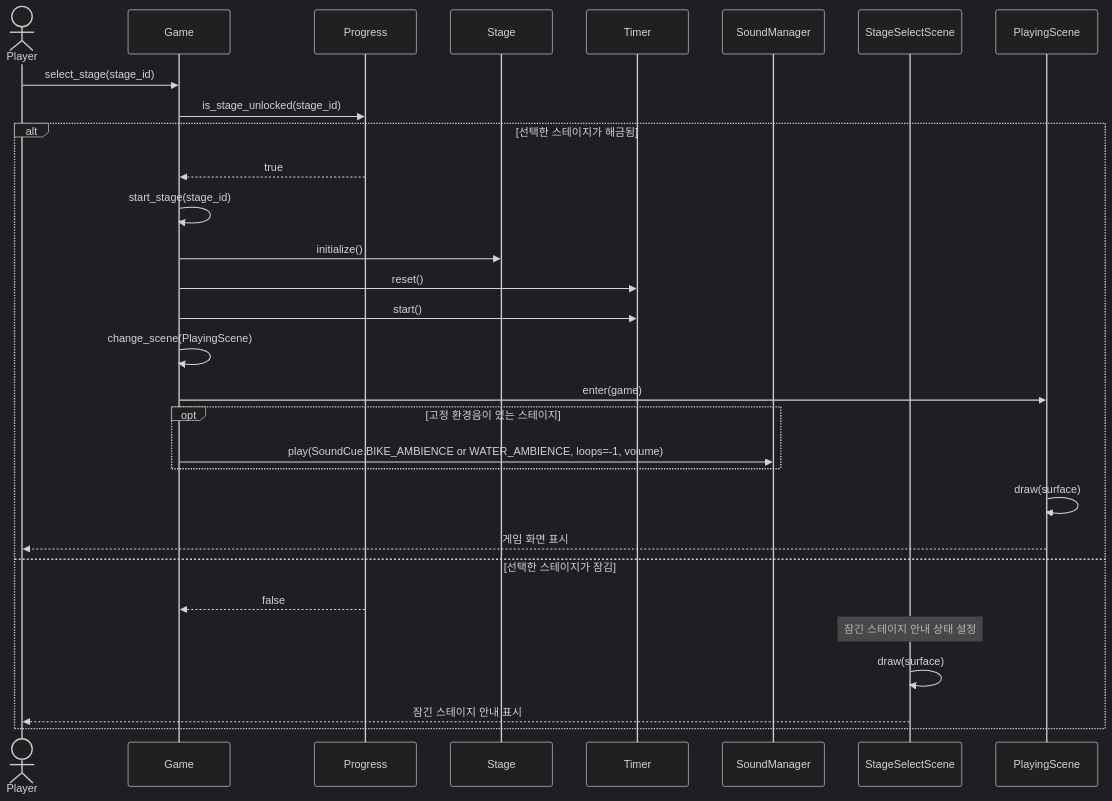
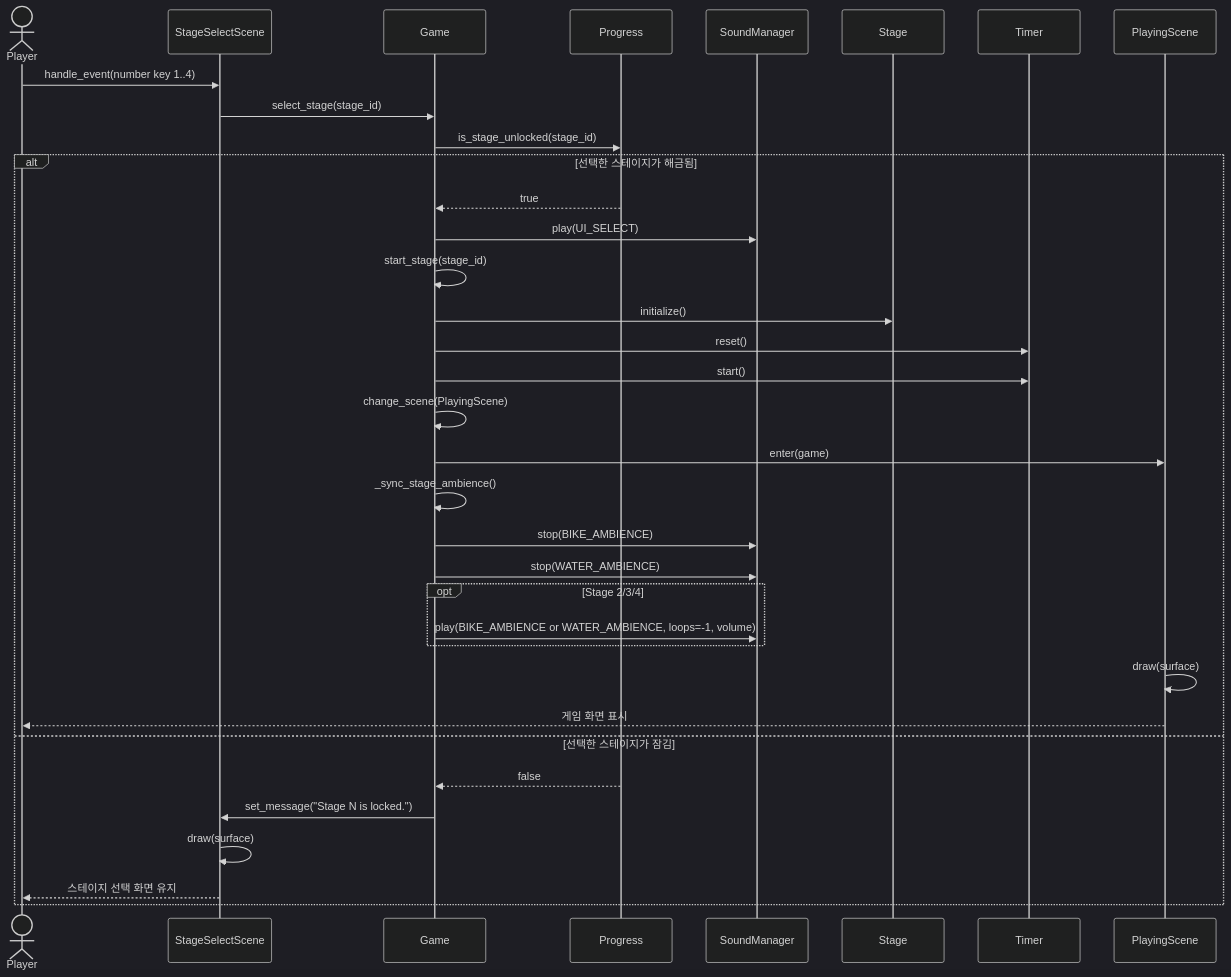
One commit to wisewo/kongoose changed the fourth of 7 diagrams in doc/05_sequence_diagrams.md. Above: the diagram before and after it, drawn with Mermaid (dark theme). The commit also changed other lines of this file and 33 other files, not shown here.

````diff
--- a/doc/05_sequence_diagrams.md
+++ b/doc/05_sequence_diagrams.md
@@ -91,34 +114,39 @@
 ```mermaid
 sequenceDiagram
     actor User as Player
+    participant StageSelectScene
     participant Game
     participant Progress
+    participant SoundManager
     participant Stage
     participant Timer
-    participant SoundManager
-    participant StageSelectScene
     participant PlayingScene
 
-    User->>Game: select_stage(stage_id)
+    User->>StageSelectScene: handle_event(number key 1..4)
+    StageSelectScene->>Game: select_stage(stage_id)
     Game->>Progress: is_stage_unlocked(stage_id)
 
     alt 선택한 스테이지가 해금됨
         Progress-->>Game: true
+        Game->>SoundManager: play(UI_SELECT)
         Game->>Game: start_stage(stage_id)
         Game->>Stage: initialize()
         Game->>Timer: reset()
         Game->>Timer: start()
         Game->>Game: change_scene(PlayingScene)
         Game->>PlayingScene: enter(game)
-        opt 고정 환경음이 있는 스테이지
-            Game->>SoundManager: play(SoundCue.BIKE_AMBIENCE or WATER_AMBIENCE, loops=-1, volume)
+        Game->>Game: _sync_stage_ambience()
+        Game->>SoundManager: stop(BIKE_AMBIENCE)
+        Game->>SoundManager: stop(WATER_AMBIENCE)
+        opt Stage 2/3/4
+            Game->>SoundManager: play(BIKE_AMBIENCE or WATER_AMBIENCE, loops=-1, volume)
         end
         PlayingScene->>PlayingScene: draw(surface)
         PlayingScene-->>User: 게임 화면 표시
     else 선택한 스테이지가 잠김
         Progress-->>Game: false
-        Note over StageSelectScene: 잠긴 스테이지 안내 상태 설정
+        Game->>StageSelectScene: set_message("Stage N is locked.")
         StageSelectScene->>StageSelectScene: draw(surface)
-        StageSelectScene-->>User: 잠긴 스테이지 안내 표시
+        StageSelectScene-->>User: 스테이지 선택 화면 유지
     end
 ```
````
